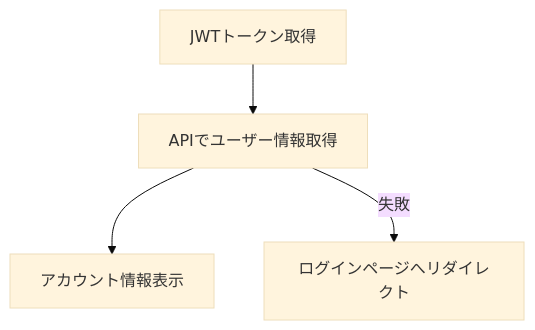
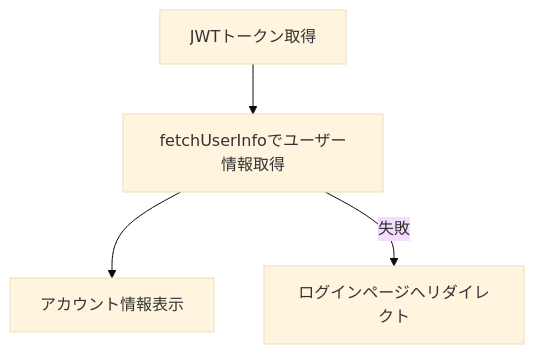
The diagram in docs/account/flowchart.md (Saaka-y/korup), drawn with Mermaid (base theme) before and after one commit. The commit also changed 13 other files, not shown here.

Commit message:
accountページからAPI経由でユーザー情報取得、ユーザー情報のグローバル・localStorage保存 - fetchUserInfoでユーザー情報取得 - loginUserで認証・トークン取得 - 設計図・型・import等も新名称に統一 - userStoreのpersist対応

````diff
--- a/docs/account/flowchart.md
+++ b/docs/account/flowchart.md
@@ -3,6 +3,6 @@
 ```mermaid
 flowchart TD
-    A[JWTトークン取得] --> B[APIでユーザー情報取得]
+    A[JWTトークン取得] --> B[fetchUserInfoでユーザー情報取得]
     B --> C[アカウント情報表示]
     B -->|失敗| D[ログインページへリダイレクト]
 ```
````
